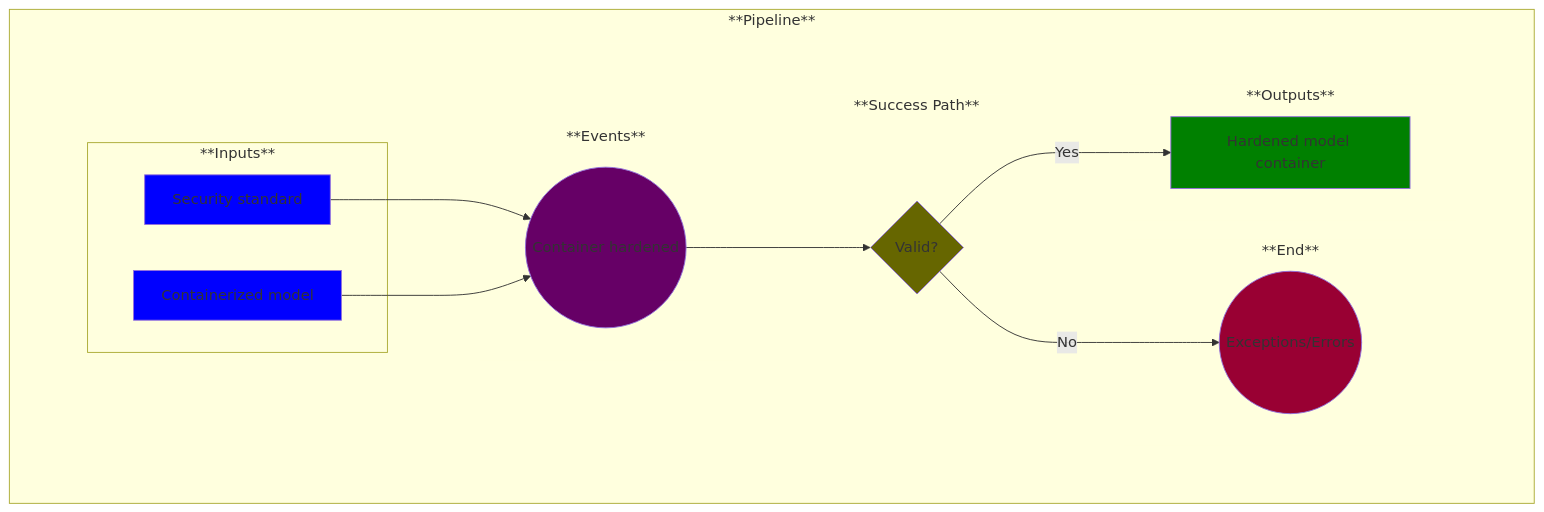
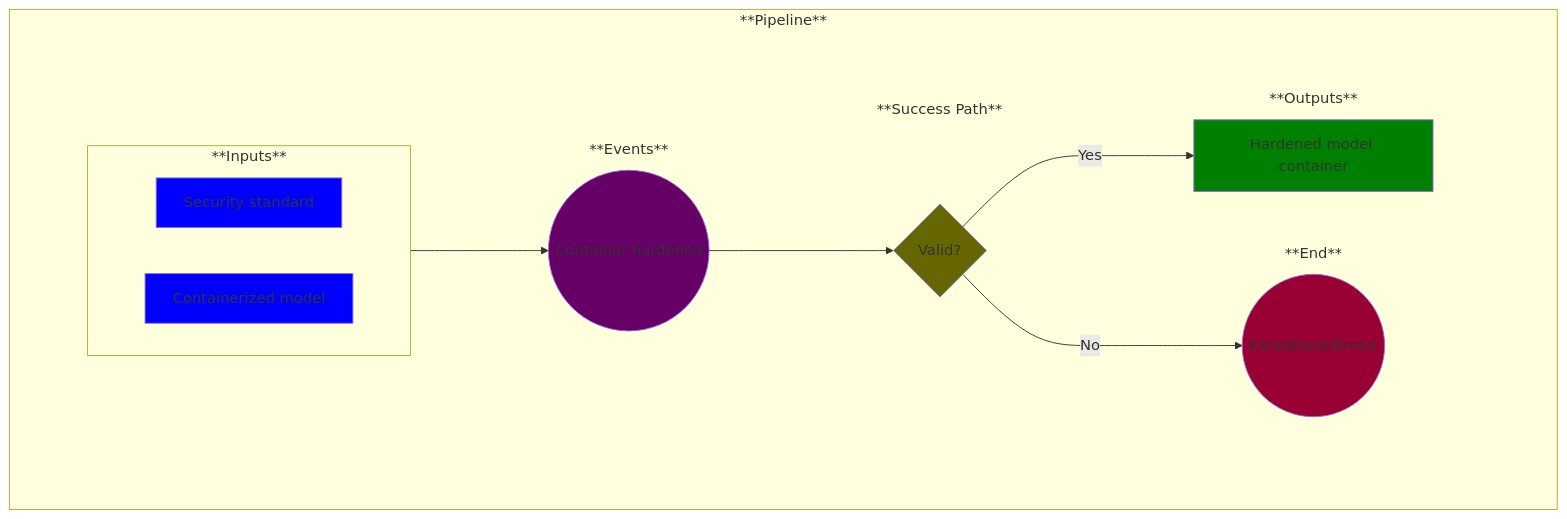
One commit to MLOps-OpenAPI/arch-diagrams changed the diagram in use-cases/14-container-security-scan.md. Above: the diagram before and after it, drawn with Mermaid. The commit also changed other lines of this file and 20 other files, not shown here.

````diff
--- a/use-cases/14-container-security-scan.md
+++ b/use-cases/14-container-security-scan.md
@@ -16,74 +16,70 @@
 ```mermaid
 
 %% Creating a left-to-right flowchart
 %% Learn the syntax here: https://mermaid.js.org/syntax/flowchart.html
 %% Note: flowchart and graph are the same in Mermaid
 graph LR;
 
     %% Define the common flow items:
     %%A--> B
     %%B-->C
     subgraph Pipeline ["**Pipeline**"]
         
         %% Add an empty node to overcome some formatting issues
         subgraph invisibleSpace["<br/>"]
 
             %% Add the rest of the nodes
             subgraph Inputs ["**Inputs**"]
                 A1
-            end
-            subgraph Inputs ["**Inputs**"]
                 A2
             end
             subgraph Events ["**Events**"]
                 B
             end
             subgraph Success ["**Success Path**"]
                 C
             end
             subgraph End ["**End**"]
                 D
             end
             subgraph Outputs ["**Outputs**"]
                 E
             end
         end
-        A1-->B
-        A2-->B
+        Inputs-->B
         B-->C
         C--> | No | D
         C--> | Yes | E
     end
 
     %% Now label and style the blocks
     %% Note: You could have done this above, but I find this to be cleaner and easier to manage
 
     A1[Security standard]
     style A1 fill:blue
 
     A2[Containerized model]
     style A2 fill:blue
 
     B((Container hardened))
     style B fill:#660066
 
     C[Hardened model container]
     style C fill:blue
 
     C{Valid?}
     style C fill:#666600
 
     D((Exceptions/Errors))
     style D fill:#990033
 
     E[Hardened model container]
     style E fill:green
 
     %% Remove unnecessary box outlines
     style invisibleSpace stroke-width:0
-    style Inputs stroke-width:0
     style Events stroke-width:0
     style Outputs stroke-width:0
     style End stroke-width:0
     style Success stroke-width:0
 ```
````
